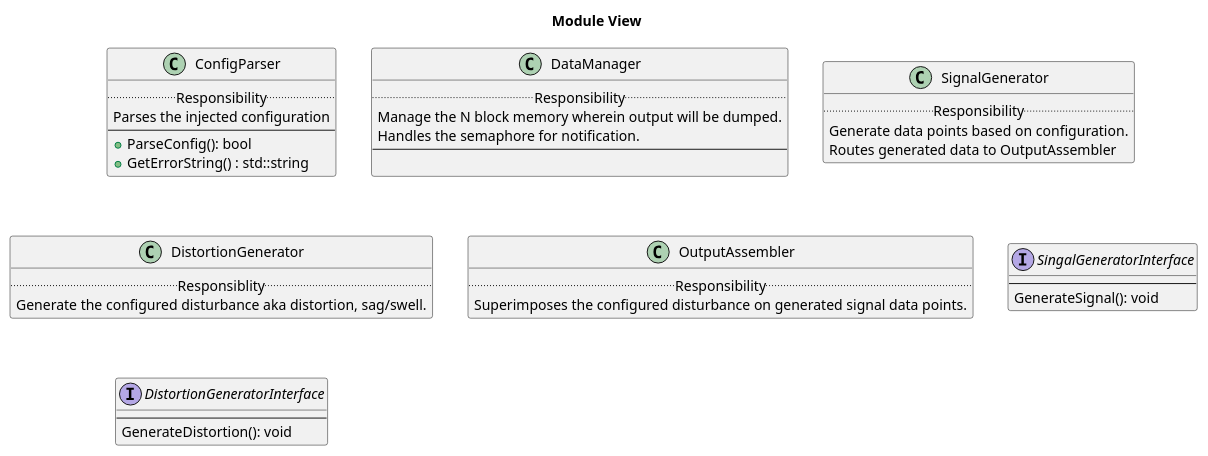
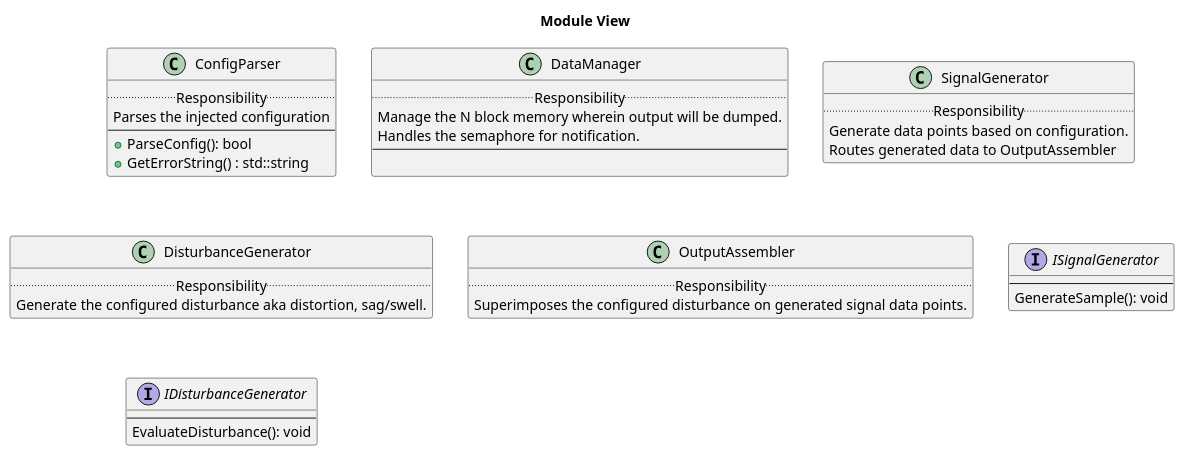
Before and after one commit to kshitij9192/SignalSimulator: the diagram in docs/diagrams/module_view.puml, drawn with PlantUML. The commit also changed 35 other files, not shown here.

```diff
--- a/docs/diagrams/module_view.puml
+++ b/docs/diagrams/module_view.puml
@@ -1,49 +1,49 @@
 @startuml
 
 title Module View
 
 class ConfigParser {
     .. Responsibility ..
     Parses the injected configuration
     --
     + ParseConfig(): bool
     + GetErrorString() : std::string
 }
 
 class DataManager {
     .. Responsibility ..
     Manage the N block memory wherein output will be dumped.
     Handles the semaphore for notification.
     --
   
 }
 
 class SignalGenerator {
     .. Responsibility ..
     Generate data points based on configuration.
     Routes generated data to OutputAssembler
 }
 
-class DistortionGenerator {
-    .. Responsiblity ..
+class DisturbanceGenerator {
+    .. Responsibility ..
     Generate the configured disturbance aka distortion, sag/swell.
 }
 
 class OutputAssembler {
     .. Responsibility ..
     Superimposes the configured disturbance on generated signal data points.
 }
 
 
-interface SingalGeneratorInterface {
+interface ISignalGenerator {
     --
-    GenerateSignal(): void
+    GenerateSample(): void
 }
 
-interface DistortionGeneratorInterface
+interface IDisturbanceGenerator
 {
     --
-    GenerateDistortion(): void
+    EvaluateDisturbance(): void
 }
 
 @enduml
```
